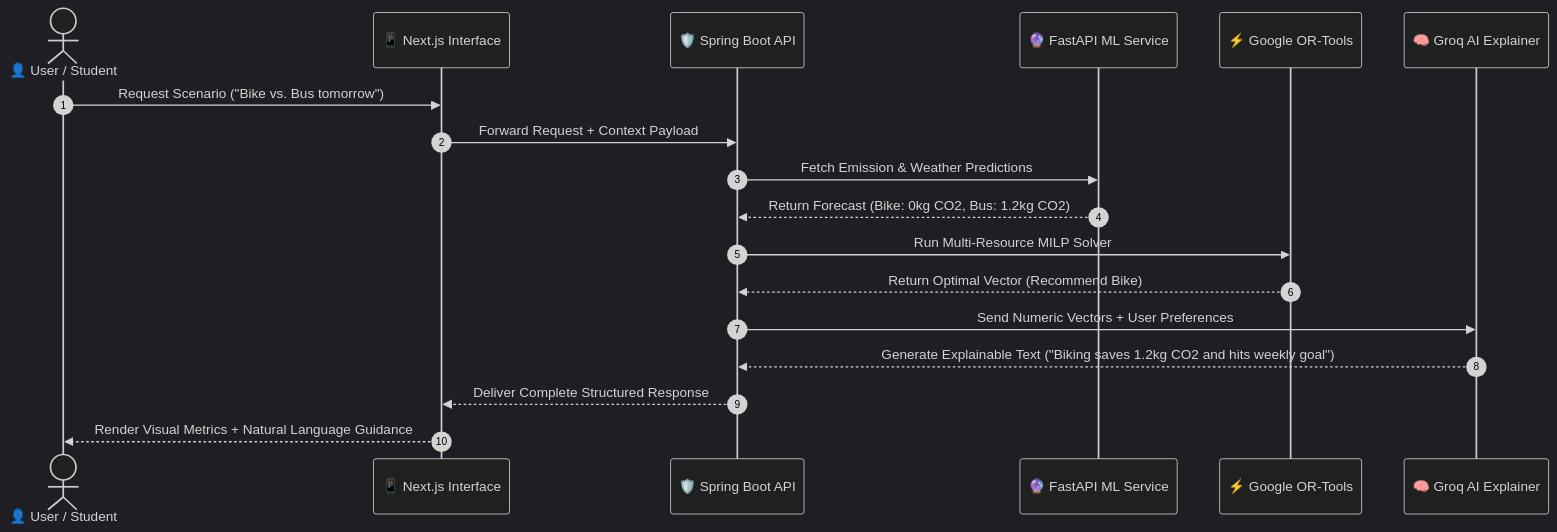
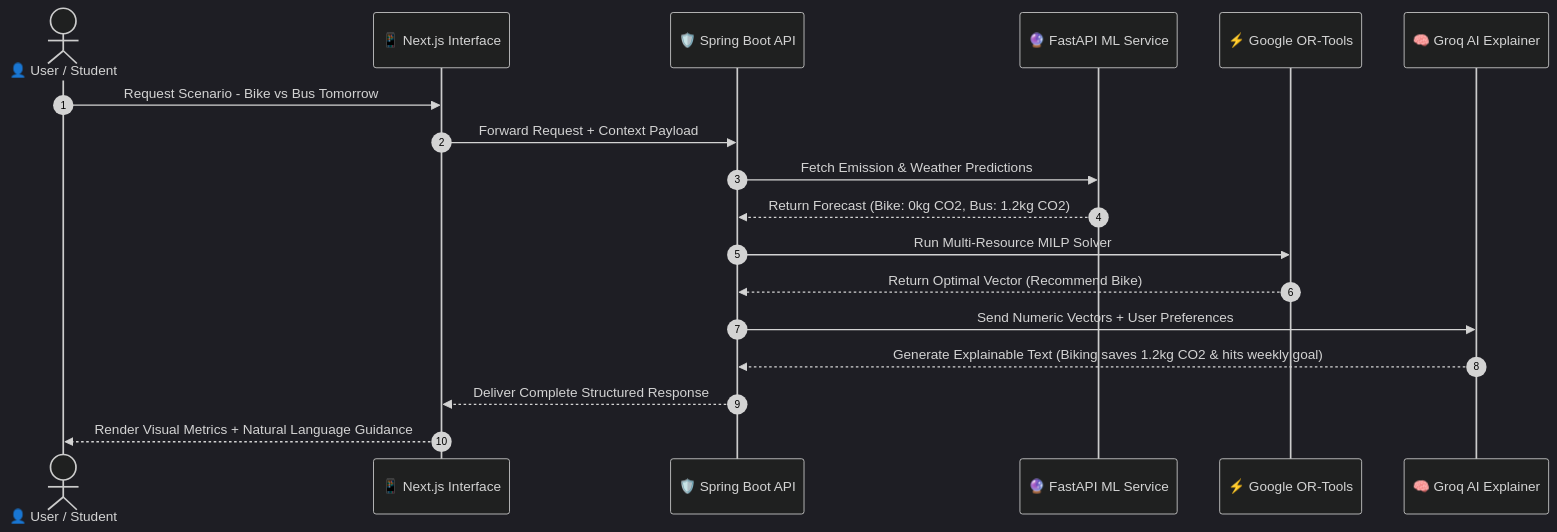
One commit to TheOrionGD/VerdantIQ changed the second of 2 diagrams in Readme.md. Above: the diagram before and after it, drawn with Mermaid (dark theme). The commit also changed other lines of this file, not shown here.

````diff
--- a/Readme.md
+++ b/Readme.md
@@ -299,21 +303,21 @@
 ```mermaid
 sequenceDiagram
     autonumber
     actor User as 👤 User / Student
     participant UI as 📱 Next.js Interface
     participant Gateway as 🛡️ Spring Boot API
     participant ML as 🔮 FastAPI ML Service
     participant OR as ⚡ Google OR-Tools
     participant AI as 🧠 Groq AI Explainer
 
-    User->>UI: Request Scenario ("Bike vs. Bus tomorrow")
+    User->>UI: Request Scenario - Bike vs Bus Tomorrow
     UI->>Gateway: Forward Request + Context Payload
     Gateway->>ML: Fetch Emission & Weather Predictions
     ML-->>Gateway: Return Forecast (Bike: 0kg CO2, Bus: 1.2kg CO2)
     Gateway->>OR: Run Multi-Resource MILP Solver
     OR-->>Gateway: Return Optimal Vector (Recommend Bike)
     Gateway->>AI: Send Numeric Vectors + User Preferences
-    AI-->>Gateway: Generate Explainable Text ("Biking saves 1.2kg CO2 and hits weekly goal")
+    AI-->>Gateway: Generate Explainable Text (Biking saves 1.2kg CO2 & hits weekly goal)
     Gateway-->>UI: Deliver Complete Structured Response
     UI-->>User: Render Visual Metrics + Natural Language Guidance
 ```
````
